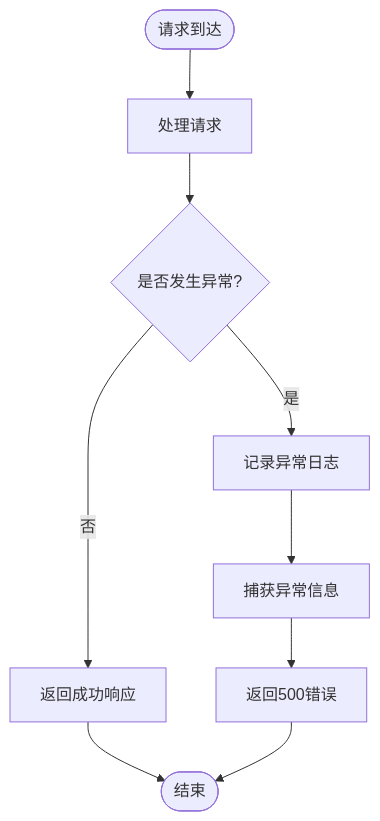
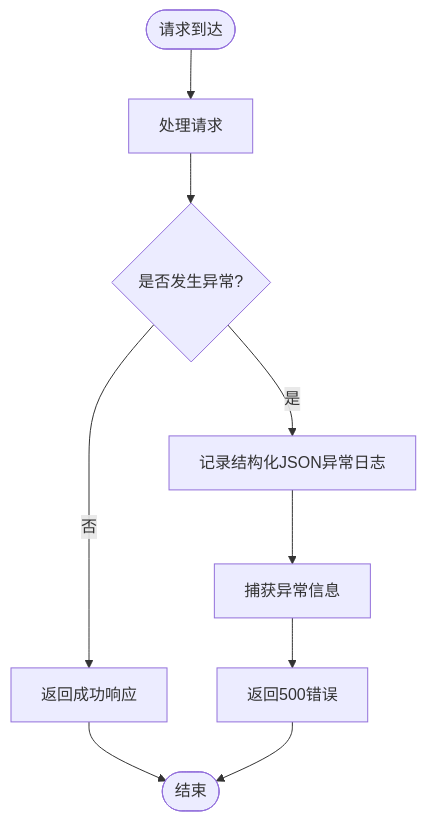
Before and after one commit to breeze-lyf/ai-stock-advisor: the fourth of 10 diagrams in .qoder/repowiki/zh/content/Debug Logging Enhancement.md, drawn with Mermaid. The commit also changed other lines of this file and 43 other files, not shown here.

````diff
--- a/.qoder/repowiki/zh/content/Debug Logging Enhancement.md
+++ b/.qoder/repowiki/zh/content/Debug Logging Enhancement.md
@@ -151,11 +195,11 @@
 ```mermaid
 flowchart TD
 Start([请求到达]) --> Process[处理请求]
 Process --> HasError{是否发生异常?}
 HasError --> |否| ReturnSuccess[返回成功响应]
-HasError --> |是| LogError[记录异常日志]
+HasError --> |是| LogError[记录结构化JSON异常日志]
 LogError --> CaptureError[捕获异常信息]
 CaptureError --> ReturnError[返回500错误]
 ReturnSuccess --> End([结束])
 ReturnError --> End
 ```
````
